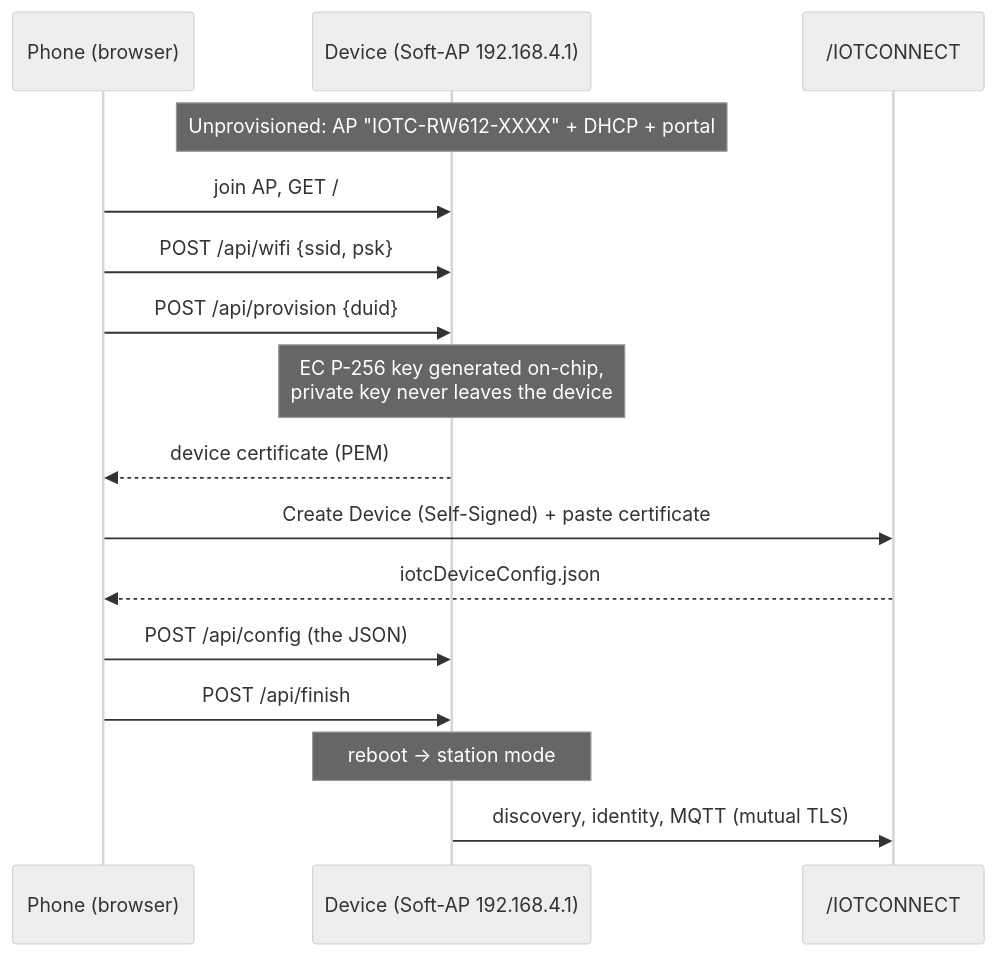
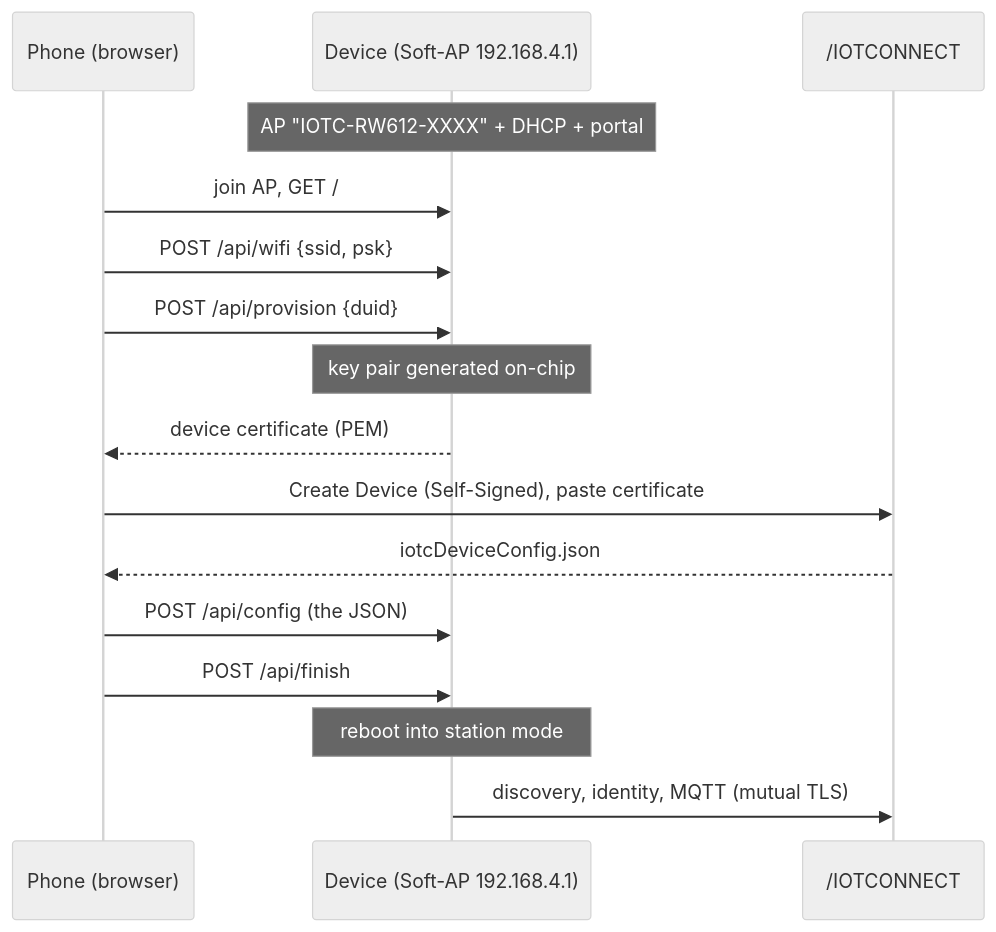
Before and after one commit to avnet-iotconnect/iotc-zephyr-demos: the first of 2 diagrams in demos/softap-provisioning/README.md, drawn with Mermaid (neutral theme). The commit also changed other lines of this file and 3 other files, not shown here.

First line of the commit message:
softap-provisioning: tighten README, split portal screenshot, fix state diagram

````diff
--- a/demos/softap-provisioning/README.md
+++ b/demos/softap-provisioning/README.md
@@ -21,19 +17,19 @@
 ```mermaid
 sequenceDiagram
     participant P as Phone (browser)
     participant D as Device (Soft-AP 192.168.4.1)
     participant C as /IOTCONNECT
 
-    Note over D: Unprovisioned: AP "IOTC-RW612-XXXX" + DHCP + portal
+    Note over D: AP "IOTC-RW612-XXXX" + DHCP + portal
     P->>D: join AP, GET /
     P->>D: POST /api/wifi {ssid, psk}
     P->>D: POST /api/provision {duid}
-    Note over D: EC P-256 key generated on-chip,<br/>private key never leaves the device
+    Note over D: key pair generated on-chip
     D-->>P: device certificate (PEM)
-    P->>C: Create Device (Self-Signed) + paste certificate
+    P->>C: Create Device (Self-Signed), paste certificate
     C-->>P: iotcDeviceConfig.json
     P->>D: POST /api/config (the JSON)
     P->>D: POST /api/finish
-    Note over D: reboot -> station mode
+    Note over D: reboot into station mode
     D->>C: discovery, identity, MQTT (mutual TLS)
 ```
````
